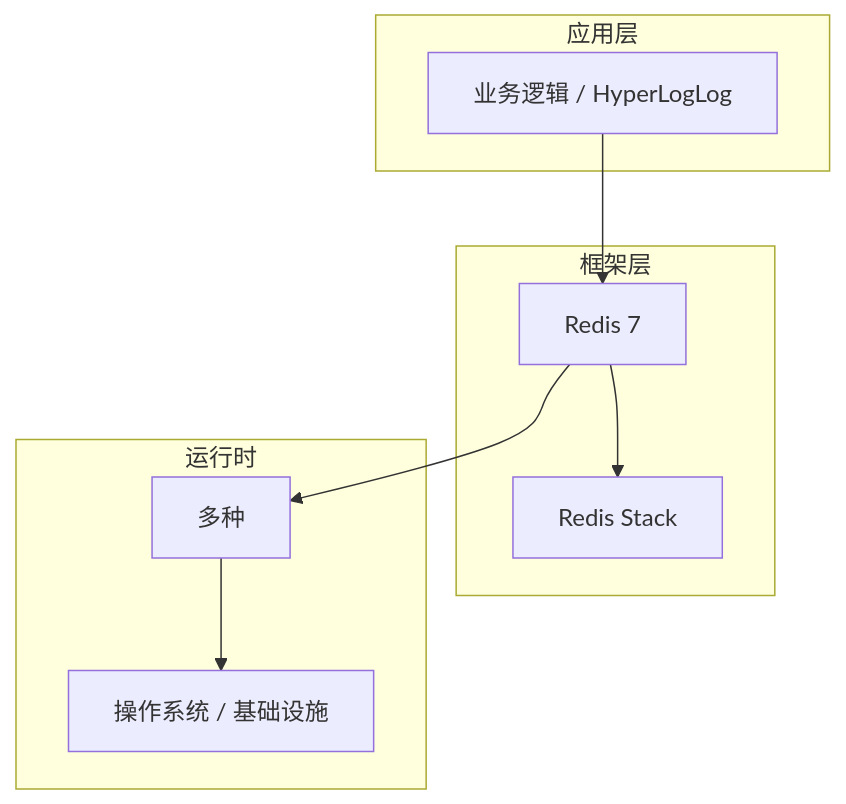
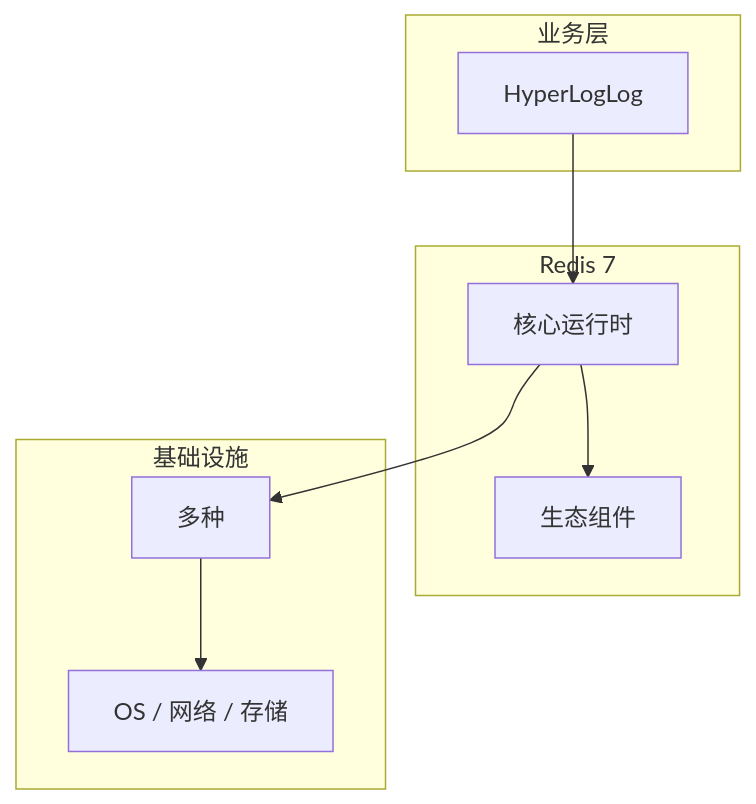
Before and after one commit to yanggan2015/knowledge-json-v2: the diagram in articles/Redis/chapters/049-HyperLogLog核心概念与原理.md, drawn with Mermaid. The commit also changed other lines of this file and 10127 other files, not shown here.

````diff
--- a/articles/Redis/chapters/049-HyperLogLog核心概念与原理.md
+++ b/articles/Redis/chapters/049-HyperLogLog核心概念与原理.md
@@ -45,18 +34,18 @@
 ```mermaid
 graph TB
-    subgraph 应用层
-        A[业务逻辑 / HyperLogLog]
+    subgraph 业务层
+        A[HyperLogLog]
     end
-    subgraph 框架层
-        B[Redis 7]
-        C[Redis Stack]
+    subgraph Redis 7
+        B[核心运行时]
+        C[生态组件]
     end
-    subgraph 运行时
+    subgraph 基础设施
         D[多种]
-        E[操作系统 / 基础设施]
+        E[OS / 网络 / 存储]
     end
     A --> B
     B --> C
     B --> D
     D --> E
 ```
````
